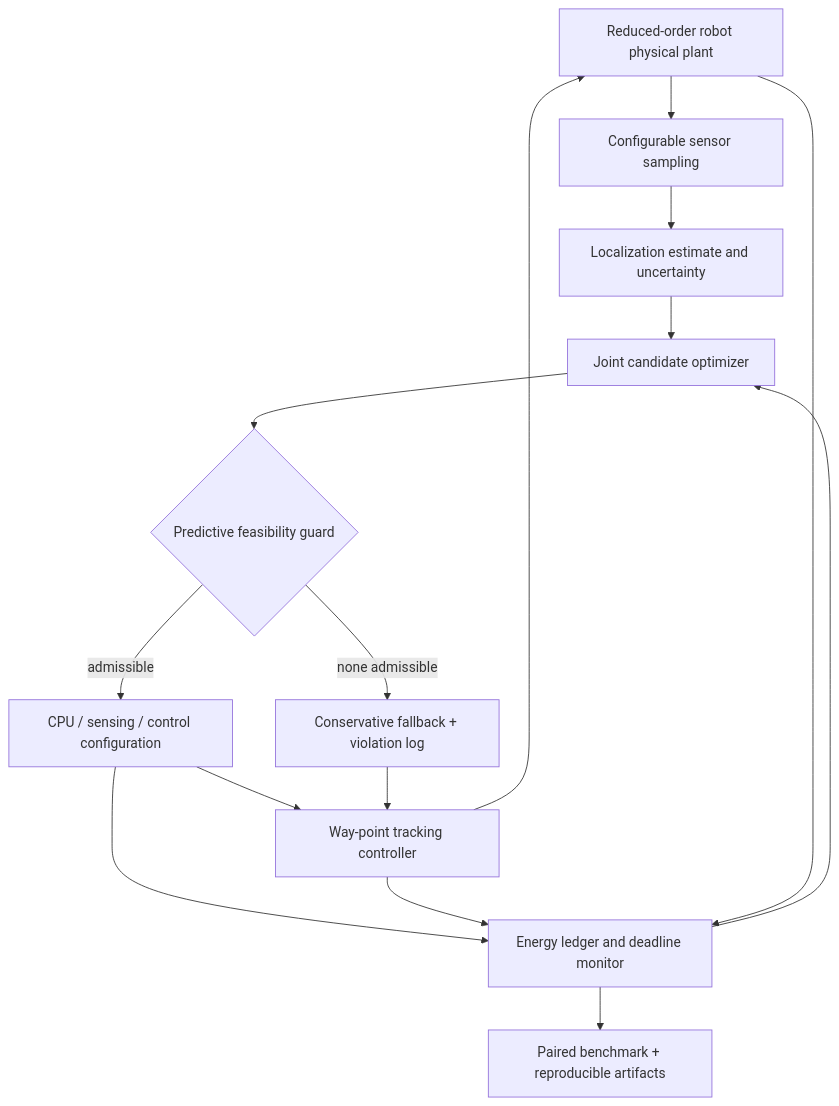
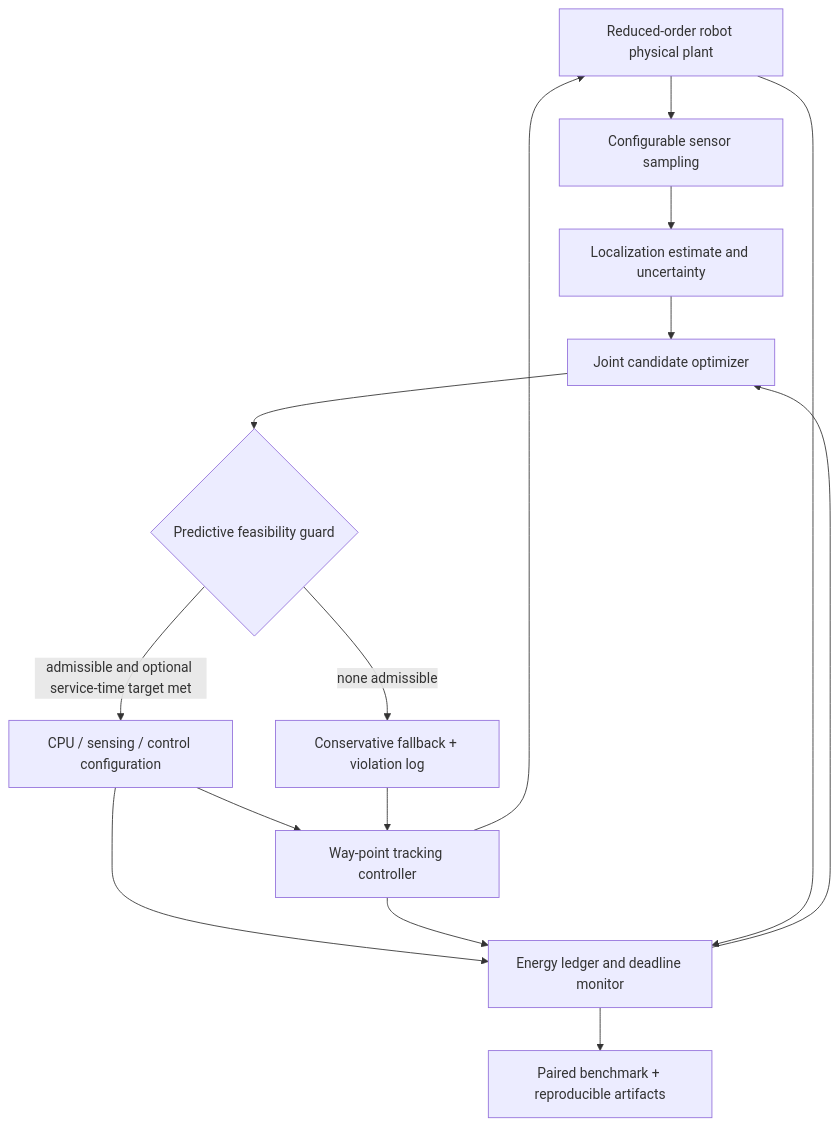
Before and after one commit to Hirakhyzer/energy-aware-autonomous-cps-codesign: the diagram in README.md, drawn with Mermaid. The commit also changed other lines of this file and 17 other files, not shown here.

Commit message:
Release v0.2: service-time-aware joint optimization and paired benchmark analysis

````diff
--- a/README.md
+++ b/README.md
@@ -24,17 +26,17 @@
 ```mermaid
 flowchart TD
     P[Reduced-order robot physical plant] --> S[Configurable sensor sampling]
     S --> E[Localization estimate and uncertainty]
     E --> O[Joint candidate optimizer]
     O --> G{Predictive feasibility guard}
-    G -->|admissible| D[CPU / sensing / control configuration]
+    G -->|admissible and optional service-time target met| D[CPU / sensing / control configuration]
     G -->|none admissible| F[Conservative fallback + violation log]
     D --> C[Way-point tracking controller]
     F --> C
     C --> P
     D --> L[Energy ledger and deadline monitor]
     C --> L
     P --> L
     L --> R[Paired benchmark + reproducible artifacts]
     L --> O
 ```
````
